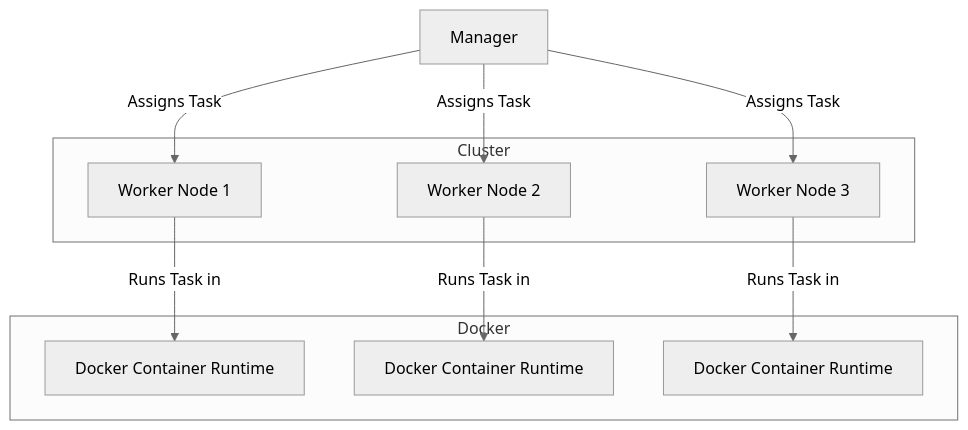
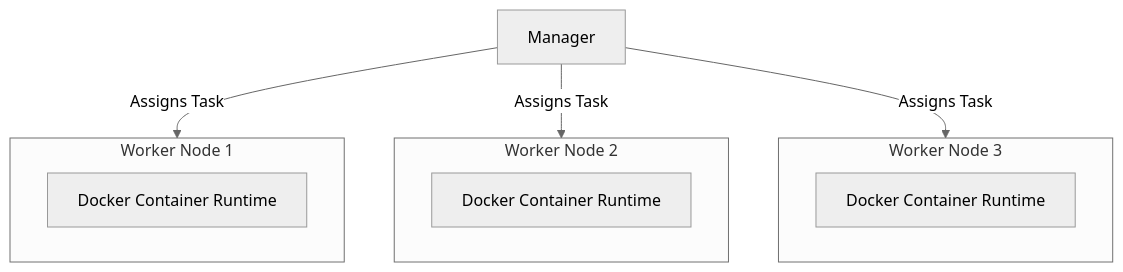
One commit to dev6699/cube changed the diagram in README.md. Above: the diagram before and after it, drawn with Mermaid (neutral theme).

````diff
--- a/README.md
+++ b/README.md
@@ -1,22 +1,18 @@
 ```mermaid
 graph TD
-    Manager[Manager] -->|Assigns Task| Node1[Worker Node 1]
-    Manager -->|Assigns Task| Node2[Worker Node 2]
-    Manager -->|Assigns Task| Node3[Worker Node 3]
-    
-    Node1 -->|Runs Task in| Docker1[Docker Container Runtime]
-    Node2 -->|Runs Task in| Docker2[Docker Container Runtime]
-    Node3 -->|Runs Task in| Docker3[Docker Container Runtime]
+    Manager[Manager] -->|Assigns Task| Worker1[Worker Node 1]
+    Manager -->|Assigns Task| Worker2[Worker Node 2]
+    Manager -->|Assigns Task| Worker3[Worker Node 3]
 
-    subgraph Cluster
-        Node1
-        Node2
-        Node3
+    subgraph Worker1[Worker Node 1]
+        Docker1[Docker Container Runtime]
     end
 
-    subgraph Docker
-        Docker1
-        Docker2
-        Docker3
+    subgraph Worker2[Worker Node 2]
+        Docker2[Docker Container Runtime]
+    end
+
+    subgraph Worker3[Worker Node 3]
+        Docker3[Docker Container Runtime]
     end
 ```
````
